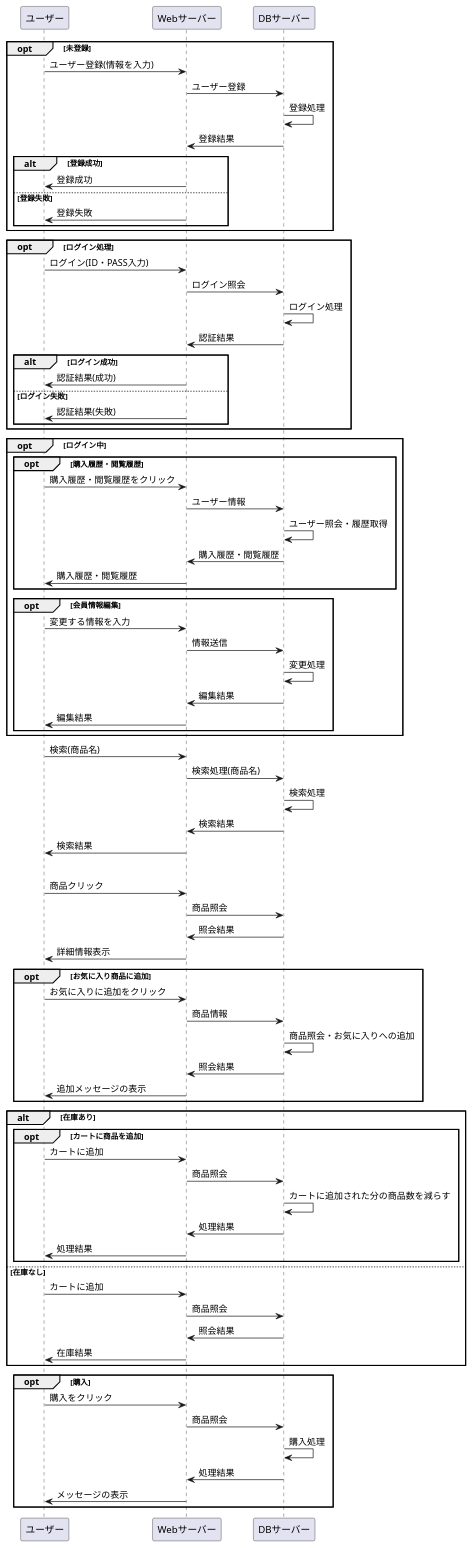
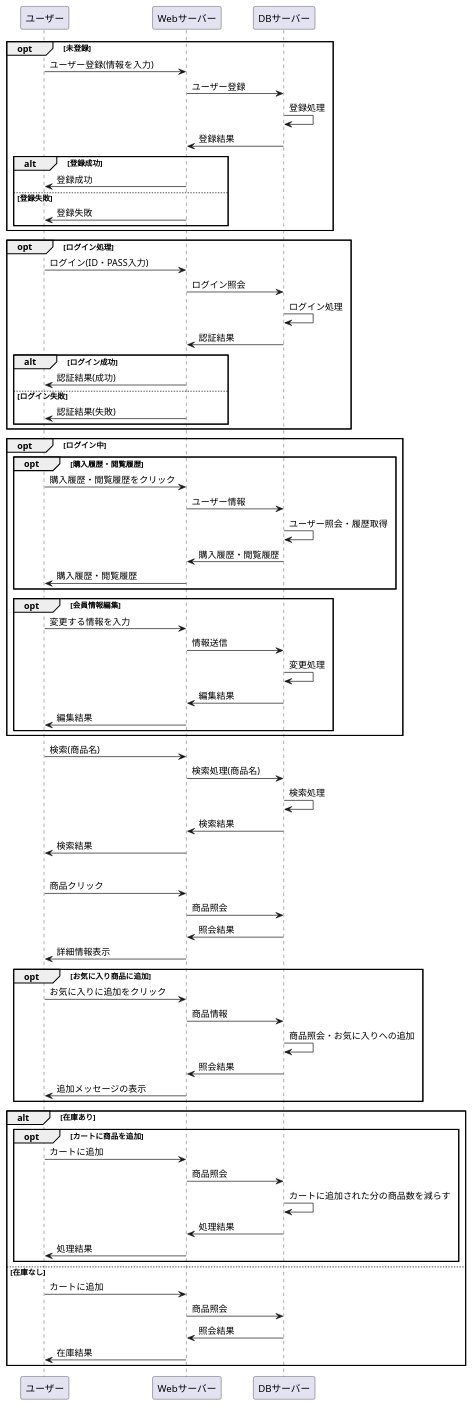
One commit to Aso2001163/2021sys-design-2 changed the diagram in システム開発/業務フロー/業務フロー.md. Above: the diagram before and after it, drawn with PlantUML.

````diff
--- a/システム開発/業務フロー/業務フロー.md
+++ b/システム開発/業務フロー/業務フロー.md
@@ -82,12 +82,5 @@
 Webサーバー -> ユーザー : 在庫結果
 end
 
-opt 購入
-ユーザー -> Webサーバー : 購入をクリック
-Webサーバー -> DBサーバー : 商品照会
-DBサーバー -> DBサーバー : 購入処理
-DBサーバー -> Webサーバー :処理結果
-Webサーバー -> ユーザー : メッセージの表示
-end
 @enduml
 ```
````
